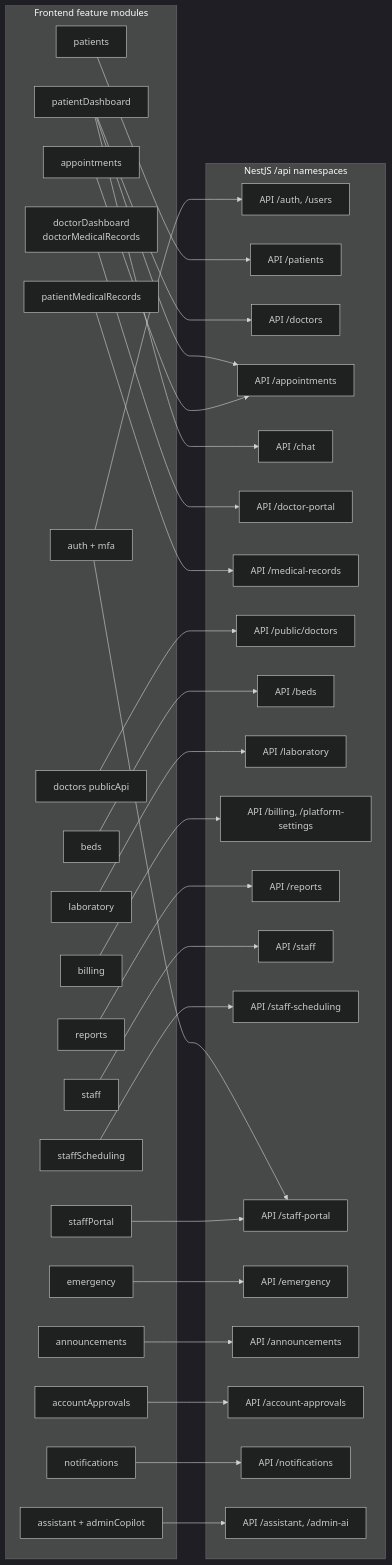
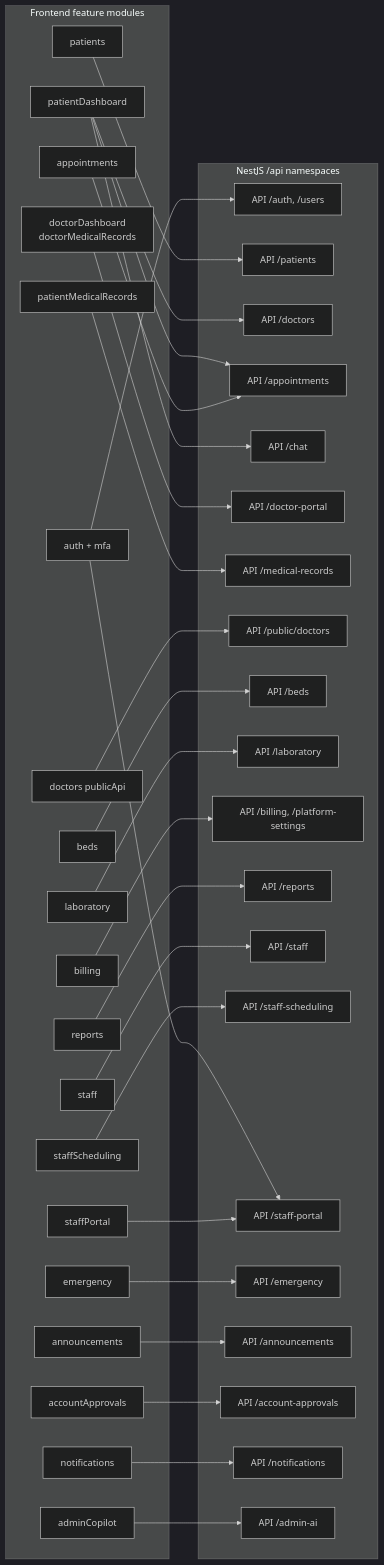
One commit to muhammadhamd56-cloud/hospital-management-system changed diagram 11 of 21 in frontend/ARCHITECTURE.md. Above: the diagram before and after it, drawn with Mermaid (dark theme). The commit also changed other lines of this file and 13 other files, not shown here.

First line of the commit message:
docs: document the Ollama-based Admin AI and correct stale architecture gaps

````diff
--- a/frontend/ARCHITECTURE.md
+++ b/frontend/ARCHITECTURE.md
@@ -640,68 +650,68 @@
 ```mermaid
 flowchart LR
     subgraph FE["Frontend feature modules"]
         fAuth["auth + mfa"]
         fPat["patients"]
         fPD["patientDashboard"]
         fApp["appointments"]
         fDD["doctorDashboard<br/>doctorMedicalRecords"]
         fPMR["patientMedicalRecords"]
         fPub["doctors publicApi"]
         fBed["beds"]
         fLab["laboratory"]
         fBill["billing"]
         fRep["reports"]
         fStaff["staff"]
         fSched["staffScheduling"]
         fPortal["staffPortal"]
         fEm["emergency"]
         fAnn["announcements"]
         fAppr["accountApprovals"]
         fNot["notifications"]
-        fAI["assistant + adminCopilot"]
+        fAI["adminCopilot"]
     end
     subgraph BE["NestJS /api namespaces"]
         bAuth["API /auth, /users"]
         bPat["API /patients"]
         bDoc["API /doctors"]
         bApp["API /appointments"]
         bChat["API /chat"]
         bDP["API /doctor-portal"]
         bMR["API /medical-records"]
         bPub["API /public/doctors"]
         bBed["API /beds"]
         bLab["API /laboratory"]
         bBill["API /billing, /platform-settings"]
         bRep["API /reports"]
         bStaff["API /staff"]
         bSched["API /staff-scheduling"]
         bPortal["API /staff-portal"]
         bEm["API /emergency"]
         bAnn["API /announcements"]
         bAppr["API /account-approvals"]
         bNot["API /notifications"]
-        bAI["API /assistant, /admin-ai"]
+        bAI["API /admin-ai"]
     end
     fAuth --> bAuth
     fAuth --> bPortal
     fPat --> bPat
     fPD --> bDoc
     fPD --> bApp
     fPD --> bChat
     fApp --> bApp
     fDD --> bDP
     fPMR --> bMR
     fPub --> bPub
     fBed --> bBed
     fLab --> bLab
     fBill --> bBill
     fRep --> bRep
     fStaff --> bStaff
     fSched --> bSched
     fPortal --> bPortal
     fEm --> bEm
     fAnn --> bAnn
     fAppr --> bAppr
     fNot --> bNot
     fAI --> bAI
 ```
````
